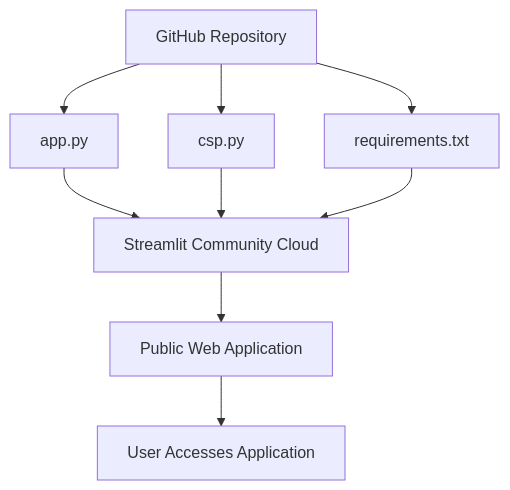
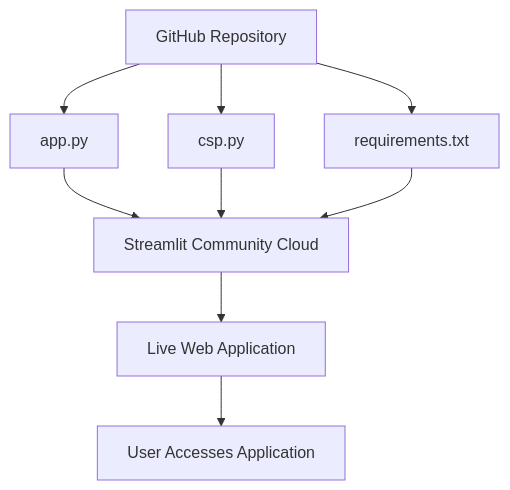
Before and after one commit to prathyusha5992/Lab-Slot-Allocation: the fifth of 6 diagrams in README.md, drawn with Mermaid. The commit also changed other lines of this file, not shown here.

````diff
--- a/README.md
+++ b/README.md
@@ -496,11 +622,11 @@
 ```mermaid
 flowchart TD
     A["GitHub Repository"] --> B["app.py"]
     A --> C["csp.py"]
     A --> D["requirements.txt"]
     B --> E["Streamlit Community Cloud"]
     C --> E
     D --> E
-    E --> F["Public Web Application"]
+    E --> F["Live Web Application"]
     F --> G["User Accesses Application"]
 ```
````
